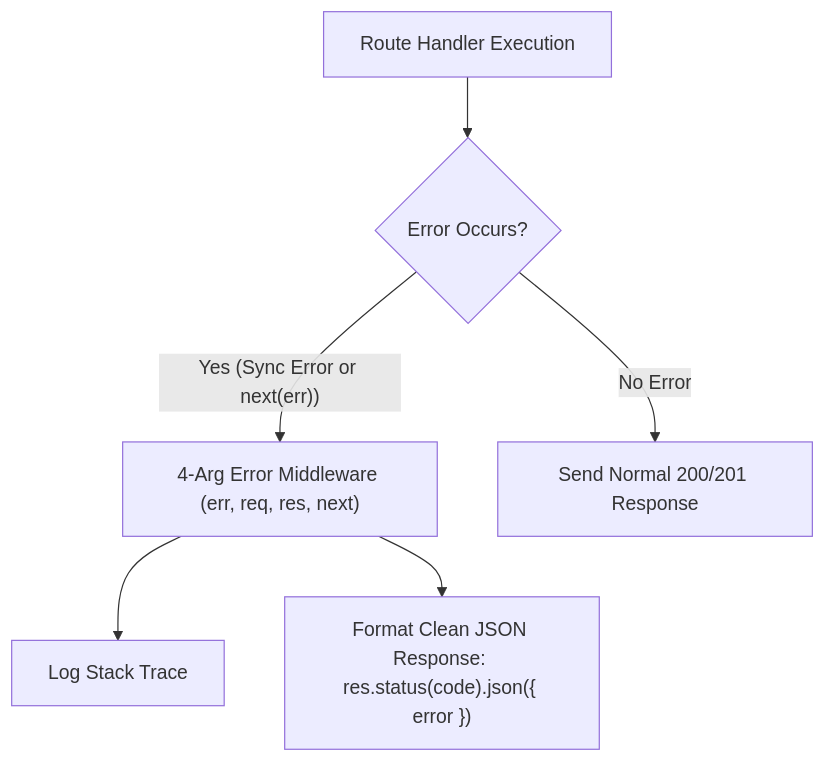
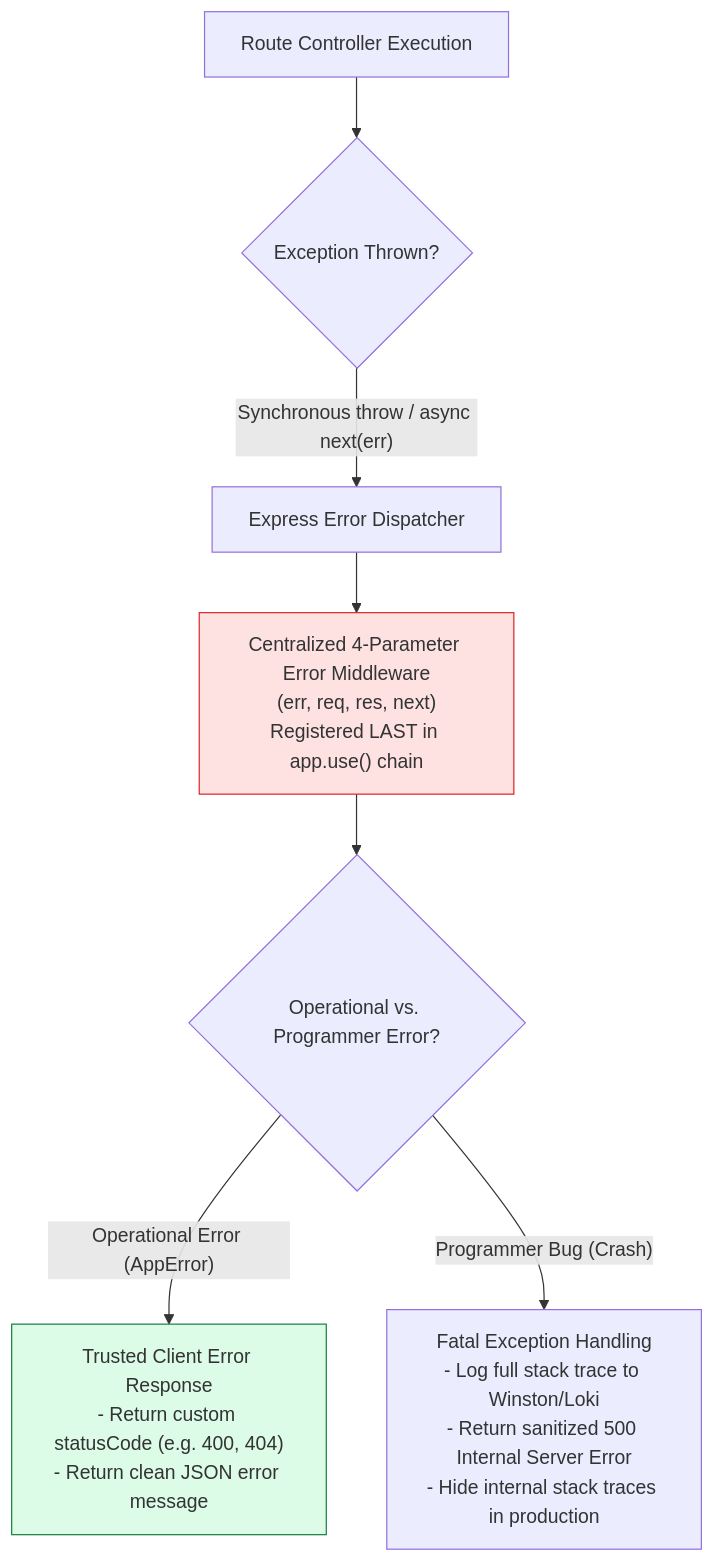
The first of 3 diagrams in express-notes/09-error-handling.md (Amie-dev/engineering-playbook), drawn with Mermaid before and after one commit. The commit also changed other lines of this file and 26 other files, not shown here.

````diff
--- a/express-notes/09-error-handling.md
+++ b/express-notes/09-error-handling.md
@@ -10,8 +13,17 @@
 ```mermaid
 flowchart TD
-    Route[Route Handler Execution] --> Try{Error Occurs?}
-    Try -- "Yes (Sync Error or next(err))" --> ErrorMw["4-Arg Error Middleware (err, req, res, next)"]
-    ErrorMw --> Log[Log Stack Trace]
-    ErrorMw --> Format["Format Clean JSON Response: res.status(code).json({ error })"]
-    Try -- "No Error" --> NormalRes[Send Normal 200/201 Response]
+    RouteHandler[Route Controller Execution] --> ErrorOccurs{Exception Thrown?}
+
+    ErrorOccurs -- "Synchronous throw / async next(err)" --> RouterEngine["Express Error Dispatcher"]
+
+    RouterEngine --> FourParamMW["Centralized 4-Parameter Error Middleware<br/>(err, req, res, next)<br/>Registered LAST in app.use() chain"]
+
+    FourParamMW --> CheckType{Operational vs. Programmer Error?}
+
+    CheckType -- "Operational Error (AppError)" --> TrustedRes["Trusted Client Error Response<br/>- Return custom statusCode (e.g. 400, 404)<br/>- Return clean JSON error message"]
+
+    CheckType -- "Programmer Bug (Crash)" --> LogAlert["Fatal Exception Handling<br/>- Log full stack trace to Winston/Loki<br/>- Return sanitized 500 Internal Server Error<br/>- Hide internal stack traces in production"]
+
+    style FourParamMW fill:#fee2e2,stroke:#dc2626
+    style TrustedRes fill:#dcfce7,stroke:#15803d
 ```
````
